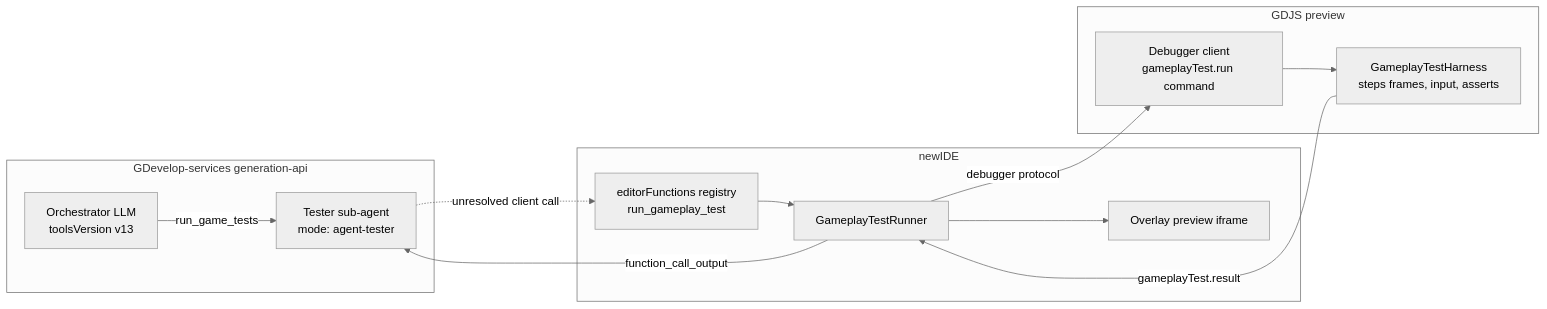
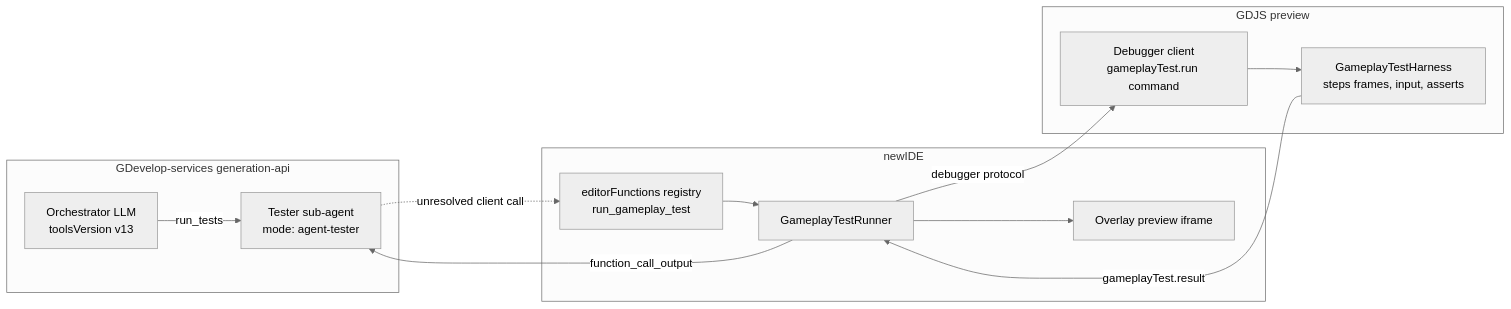
The diagram in GAMEPLAY_TESTS_PLAN.md (4ian/GDevelop), drawn with Mermaid (neutral theme) before and after one commit. The commit also changed other lines of this file, not shown here.

First line of the commit message:
Fold product decisions into the gameplay tests plan

````diff
--- a/GAMEPLAY_TESTS_PLAN.md
+++ b/GAMEPLAY_TESTS_PLAN.md
@@ -58,23 +60,23 @@
 ```mermaid
 flowchart LR
   subgraph Backend [GDevelop-services generation-api]
     ORCH[Orchestrator LLM<br/>toolsVersion v13]
     TESTER[Tester sub-agent<br/>mode: agent-tester]
-    ORCH -- run_game_tests --> TESTER
+    ORCH -- run_tests --> TESTER
   end
   subgraph Editor [newIDE]
     REG[editorFunctions registry<br/>run_gameplay_test]
     RUNNER[GameplayTestRunner]
     FRAME[Overlay preview iframe]
     REG --> RUNNER --> FRAME
   end
   subgraph Game [GDJS preview]
     DBG[Debugger client<br/>gameplayTest.run command]
     HARNESS[GameplayTestHarness<br/>steps frames, input, asserts]
     DBG --> HARNESS
   end
   TESTER -. unresolved client call .-> REG
   RUNNER -- debugger protocol --> DBG
   HARNESS -- gameplayTest.result --> RUNNER
   RUNNER -- function_call_output --> TESTER
 ```
````
